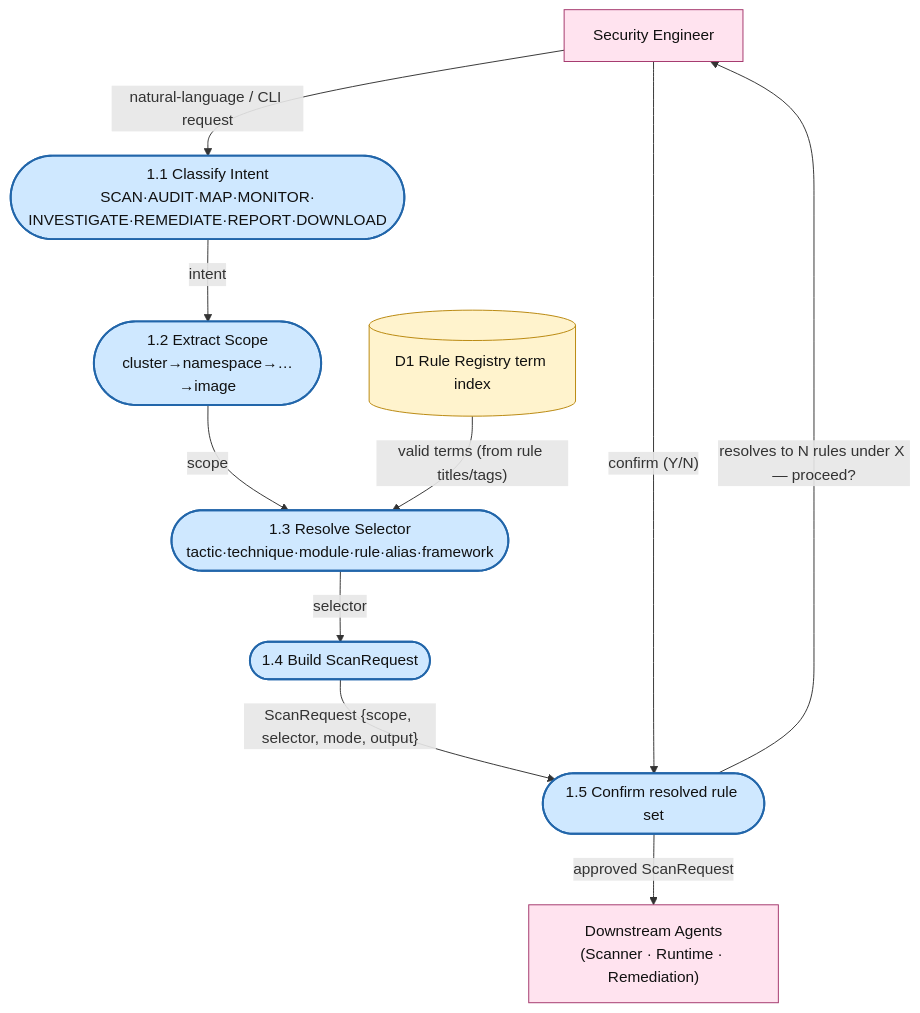
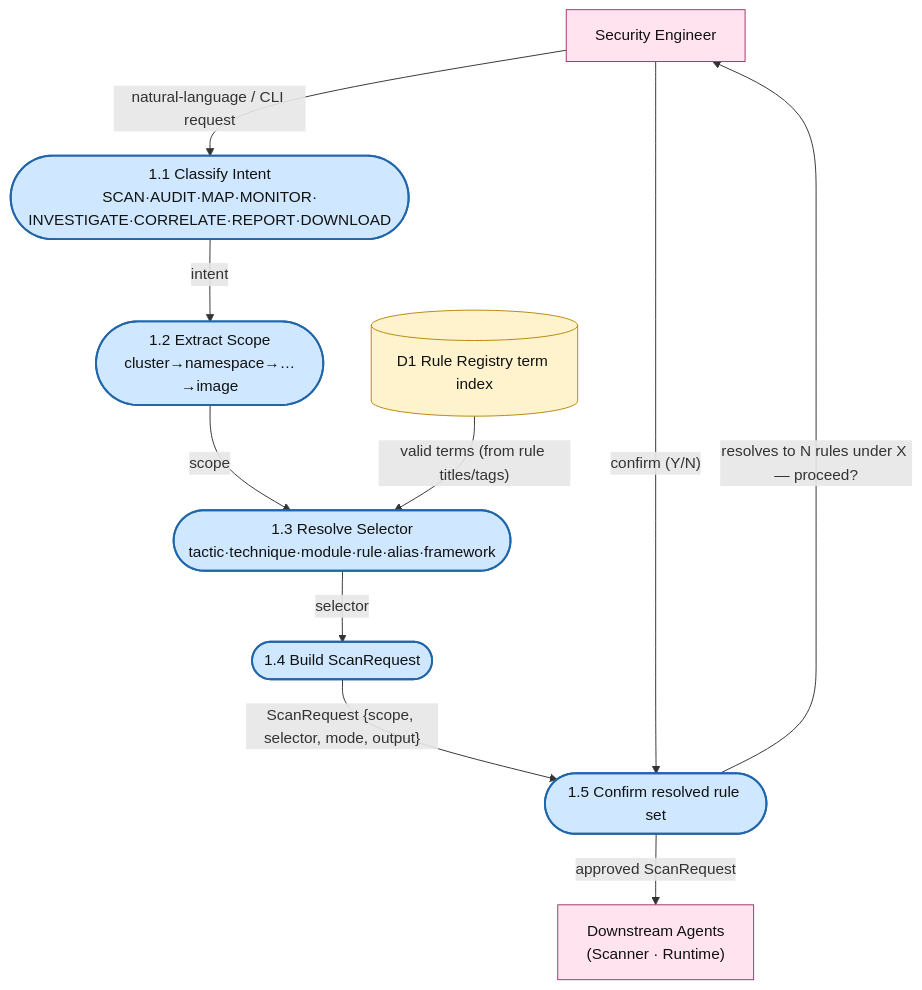
The fourth of 7 diagrams in K8sMatrixWarden v1.0 - MITRE-Aligned Architecture.md (rohitsoni1209/K8sMatrixWarden), drawn with Mermaid before and after one commit. The commit also changed other lines of this file and 126 other files, not shown here.

````diff
--- a/K8sMatrixWarden v1.0 - MITRE-Aligned Architecture.md
+++ b/K8sMatrixWarden v1.0 - MITRE-Aligned Architecture.md
@@ -440,26 +435,26 @@
 ```mermaid
 flowchart TB
     SE["Security Engineer"]:::ext
-    DR["Downstream Agents<br/>(Scanner · Runtime · Remediation)"]:::ext
+    DR["Downstream Agents<br/>(Scanner · Runtime)"]:::ext
     D1[("D1 Rule Registry term index")]:::store
 
-    A1(["1.1 Classify Intent<br/>SCAN·AUDIT·MAP·MONITOR·<br/>INVESTIGATE·REMEDIATE·REPORT·DOWNLOAD"]):::proc
+    A1(["1.1 Classify Intent<br/>SCAN·AUDIT·MAP·MONITOR·<br/>INVESTIGATE·CORRELATE·REPORT·DOWNLOAD"]):::proc
     A2(["1.2 Extract Scope<br/>cluster→namespace→…→image"]):::proc
     A3(["1.3 Resolve Selector<br/>tactic·technique·module·rule·alias·framework"]):::proc
     A4(["1.4 Build ScanRequest"]):::proc
     A5(["1.5 Confirm resolved rule set"]):::proc
 
     SE -->|"natural-language / CLI request"| A1
     A1 -->|"intent"| A2
     A2 -->|"scope"| A3
     D1 -->|"valid terms (from rule titles/tags)"| A3
     A3 -->|"selector"| A4
     A4 -->|"ScanRequest {scope, selector, mode, output}"| A5
     A5 -->|"resolves to N rules under X — proceed?"| SE
     SE -->|"confirm (Y/N)"| A5
     A5 -->|"approved ScanRequest"| DR
 
     classDef ext fill:#ffe3ef,stroke:#a3366b,stroke-width:1px,color:#111
     classDef proc fill:#cfe8ff,stroke:#2266aa,stroke-width:2px,color:#111
     classDef store fill:#fff3cd,stroke:#b8860b,stroke-width:1px,color:#111
 ```
````
